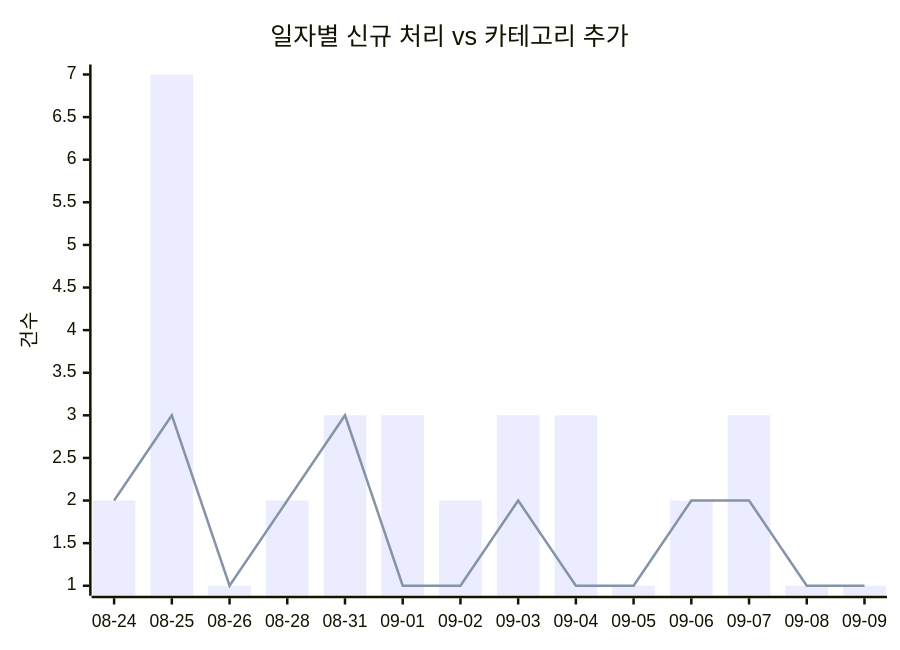
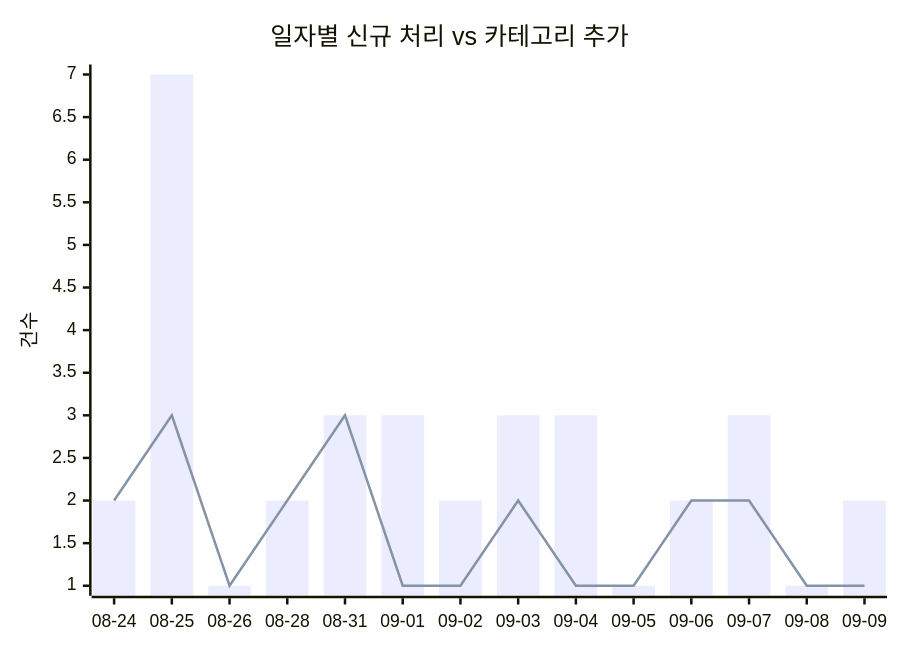
Before and after one commit to J-nowcow/awesome-korean-agent-skills: the first of 2 diagrams in docs/trends.md, drawn with Mermaid. The commit also changed other lines of this file and 2 other files, not shown here.

````diff
--- a/docs/trends.md
+++ b/docs/trends.md
@@ -32,8 +32,8 @@
 ```mermaid
 xychart-beta
     title "일자별 신규 처리 vs 카테고리 추가"
     x-axis ["08-24","08-25","08-26","08-28","08-31","09-01","09-02","09-03","09-04","09-05","09-06","09-07","09-08","09-09"]
     y-axis "건수"
-    bar [2,7,1,2,3,3,2,3,3,1,2,3,1,1]
+    bar [2,7,1,2,3,3,2,3,3,1,2,3,1,2]
     line [2,3,1,2,3,1,1,2,1,1,2,2,1,1]
 ```
````
